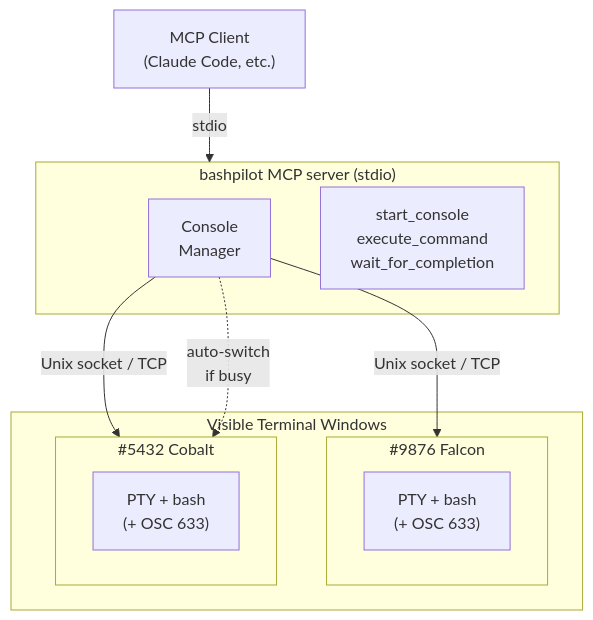
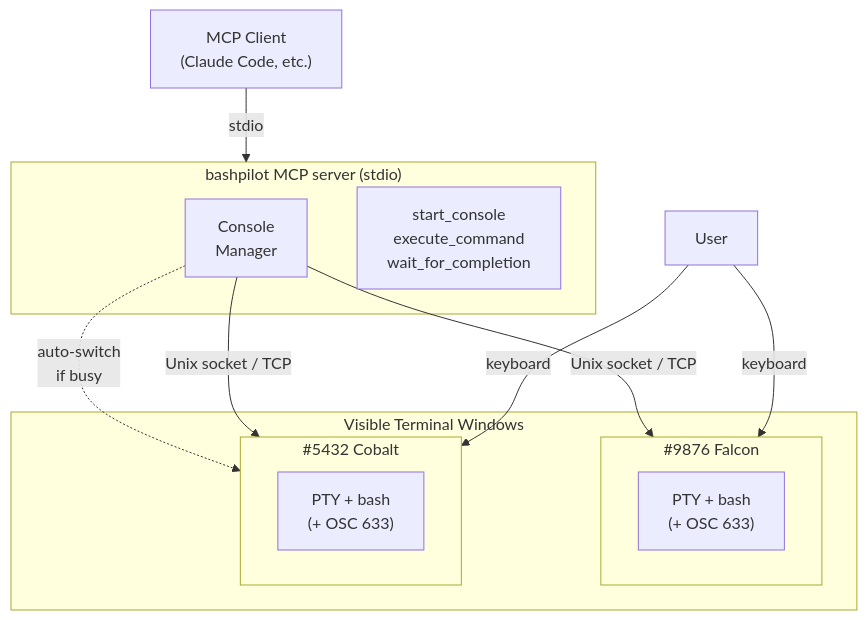
The diagram in README.md (yotsuda/bashpilot), drawn with Mermaid before and after one commit. The commit also changed other lines of this file, not shown here.

````diff
--- a/README.md
+++ b/README.md
@@ -13,23 +16,25 @@
 ```mermaid
 graph TB
     Client["MCP Client<br/>(Claude Code, etc.)"]
 
     subgraph MCP["bashpilot MCP server (stdio)"]
         CM["Console<br/>Manager"]
         Tools["start_console<br/>execute_command<br/>wait_for_completion"]
     end
 
     subgraph Consoles["Visible Terminal Windows"]
         subgraph C1["#9876 Falcon"]
             PTY1["PTY + bash<br/>(+ OSC 633)"]
         end
         subgraph C2["#5432 Cobalt"]
             PTY2["PTY + bash<br/>(+ OSC 633)"]
         end
     end
 
+    User["User"] -- "keyboard" --> C1
+    User -- "keyboard" --> C2
     Client -- "stdio" --> MCP
     CM -- "Unix socket / TCP" --> C1
     CM -- "Unix socket / TCP" --> C2
     CM -. "auto-switch<br/>if busy" .-> C2
 ```
````
